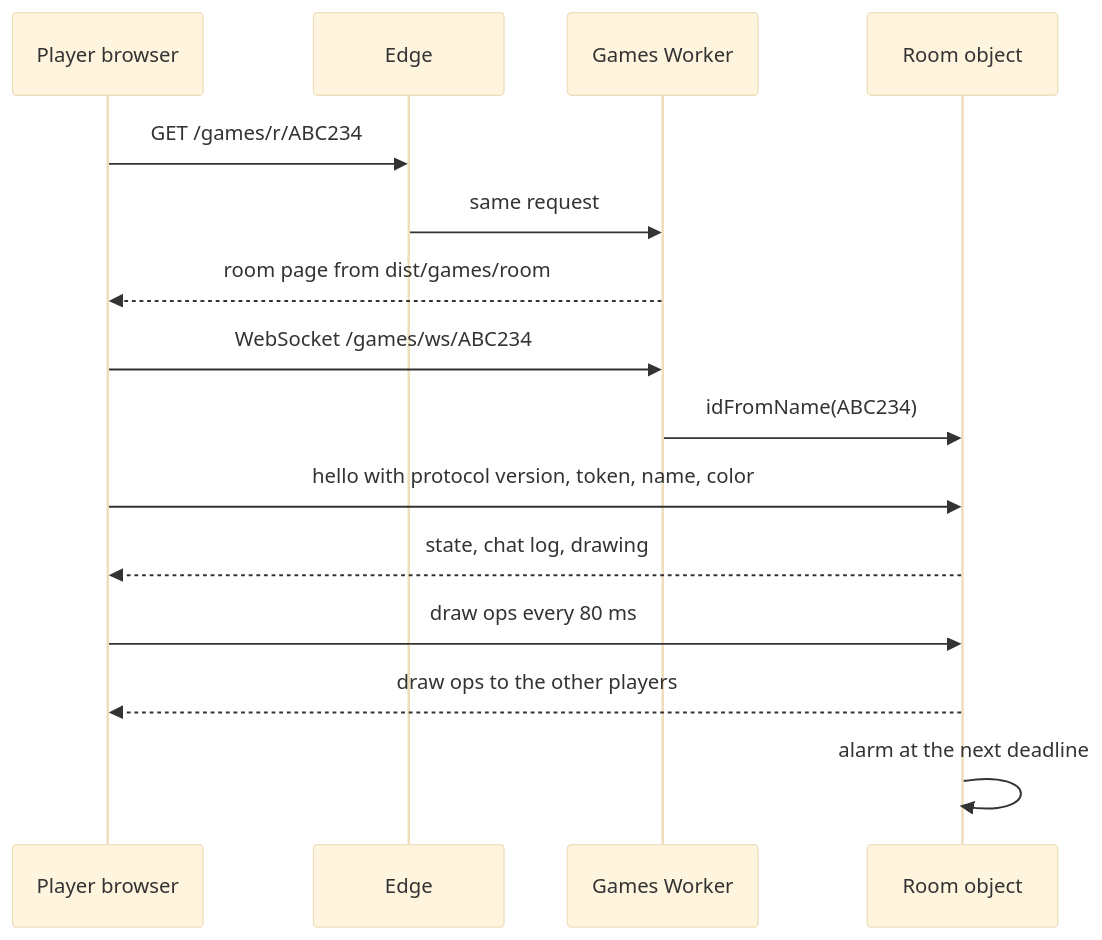
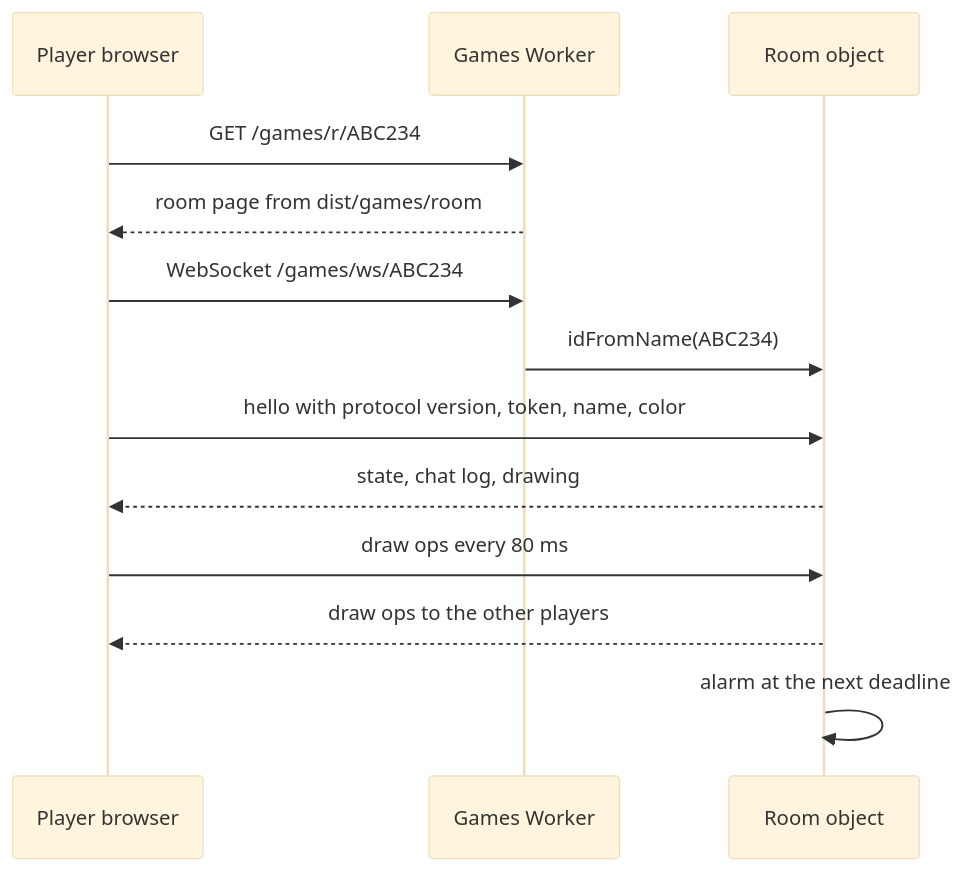
One commit to workbench-soft/workbench-soft.github.io changed the third of 3 diagrams in apps/games/docs/architecture.md. Above: the diagram before and after it, drawn with Mermaid (base theme). The commit also changed other lines of this file and 27 other files, not shown here.

````diff
--- a/apps/games/docs/architecture.md
+++ b/apps/games/docs/architecture.md
@@ -36,17 +35,15 @@
 ```mermaid
 sequenceDiagram
   participant P as Player browser
-  participant E as Edge
   participant W as Games Worker
   participant R as Room object
-  P->>E: GET /games/r/ABC234
-  E->>W: same request
+  P->>W: GET /games/r/ABC234
   W-->>P: room page from dist/games/room
   P->>W: WebSocket /games/ws/ABC234
   W->>R: idFromName(ABC234)
   P->>R: hello with protocol version, token, name, color
   R-->>P: state, chat log, drawing
   P->>R: draw ops every 80 ms
   R-->>P: draw ops to the other players
   R->>R: alarm at the next deadline
 ```
````
